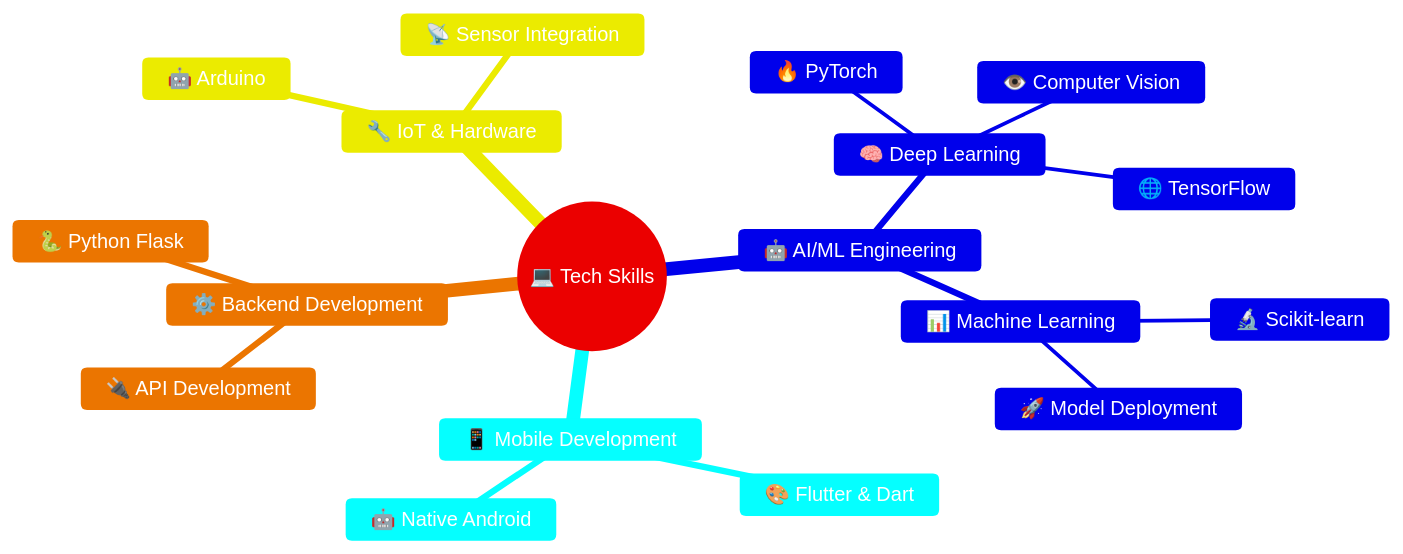
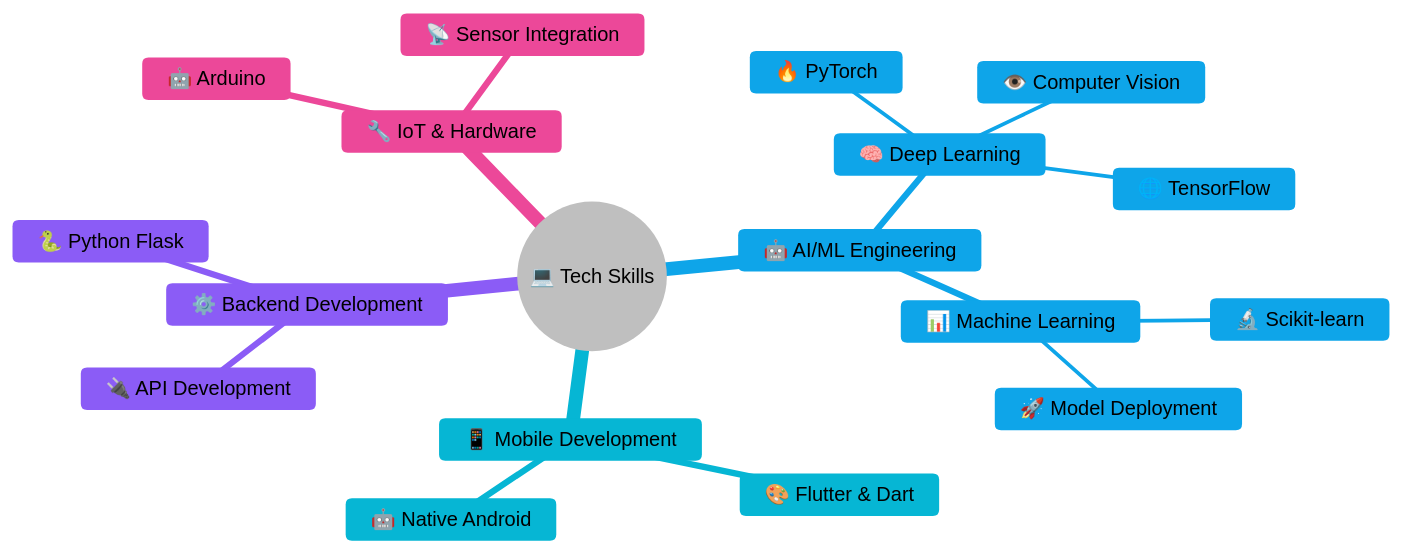
One commit to prabhjot0109/prabhjot0109 changed the diagram in README.md. Above: the diagram before and after it, drawn with Mermaid.

````diff
--- a/README.md
+++ b/README.md
@@ -52,22 +52,41 @@
 ```mermaid
-%%{init: {'theme':'base', 'themeVariables': {'primaryColor':'#ff6b6b', 'primaryTextColor':'#ffffff', 'primaryBorderColor':'#ff6b6b', 'lineColor':'#4ecdc4', 'background':'#0d1117', 'mainBkg':'#21262d', 'secondBkg':'#30363d'}}}%%
+%%{init: {
+  'theme': 'base',
+  'themeVariables': {
+    'primaryColor': '#ffffffff',
+    'primaryTextColor': '#000000ff',
+    'primaryBorderColor': '#1d4ed8',
+    'lineColor': '#64748b',
+    'secondaryColor': '#0ea5e9',
+    'tertiaryColor': '#06b6d4',
+    'background': '#0f172a',
+    'mainBkg': '#1e293b',
+    'secondBkg': '#334155',
+    'tertiaryBkg': '#475569',
+    'cScale0': '#2563eb',
+    'cScale1': '#0ea5e9',
+    'cScale2': '#06b6d4',
+    'cScale3': '#8b5cf6',
+    'cScale4': '#ec4899'
+  }
+}}%%
 mindmap
   root((💻 Tech Skills))
     🤖 AI/ML Engineering
       🧠 Deep Learning
         🔥 PyTorch
         🌐 TensorFlow
         👁️ Computer Vision
       📊 Machine Learning
         🔬 Scikit-learn
         🚀 Model Deployment
     📱 Mobile Development
       🎨 Flutter & Dart
       🤖 Native Android
     ⚙️ Backend Development
       🐍 Python Flask
       🔌 API Development
     🔧 IoT & Hardware
       🤖 Arduino
       📡 Sensor Integration
 ```
````
